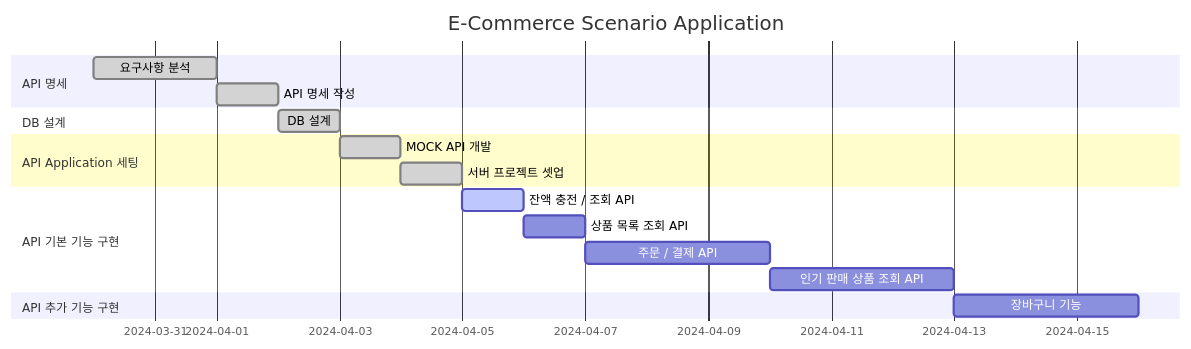
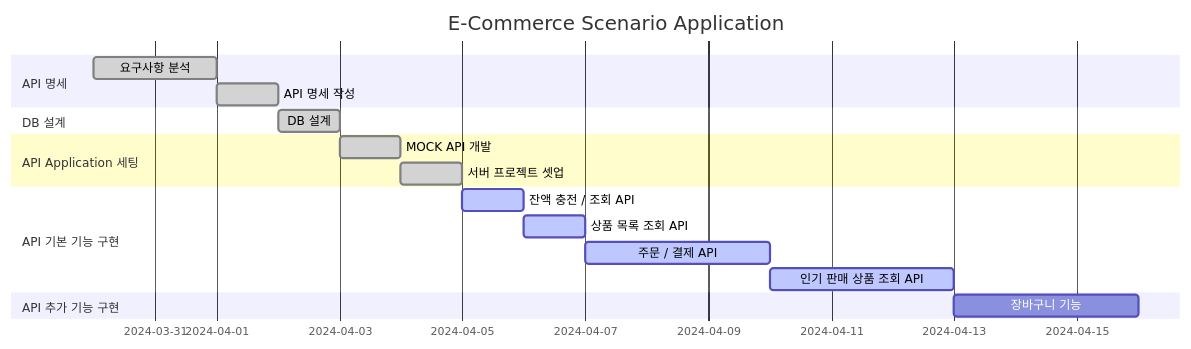
Before and after one commit to newbieJanghan/hh_plus_server: the first of 2 diagrams in README.md, drawn with Mermaid. The commit also changed other lines of this file and 1 other file, not shown here.

Commit message:
Docs: README.md / swagger-ui 캡처 추가

````diff
--- a/README.md
+++ b/README.md
@@ -3,20 +3,20 @@
 ```mermaid
 gantt
     title E-Commerce Scenario Application
     dateFormat YYYY-MM-DD
     section API 명세
         요구사항 분석: done, 2024-03-30, 2024-04-01
         API 명세 작성: done, 2024-04-01, 2024-04-02
     section DB 설계
         DB 설계: done, 2024-04-02, 2024-04-03
     section API Application 세팅
         MOCK API 개발: done, 2024-04-03, 2024-04-04
         서버 프로젝트 셋업: done, 2024-04-04, 2024-04-05
     section API 기본 기능 구현
         잔액 충전 / 조회 API: active, 2024-04-05, 2024-04-06
-        상품 목록 조회 API: future, 2024-04-06, 2024-04-07
-        주문 / 결제 API: future, 2024-04-07, 2024-04-10
-        인기 판매 상품 조회 API: future, 2024-04-10, 2024-04-13
+        상품 목록 조회 API: active, 2024-04-06, 2024-04-07
+        주문 / 결제 API: active, 2024-04-07, 2024-04-10
+        인기 판매 상품 조회 API: active, 2024-04-10, 2024-04-13
     section API 추가 기능 구현
         장바구니 기능: future, 2024-04-13, 2024-04-16
 ```
````
